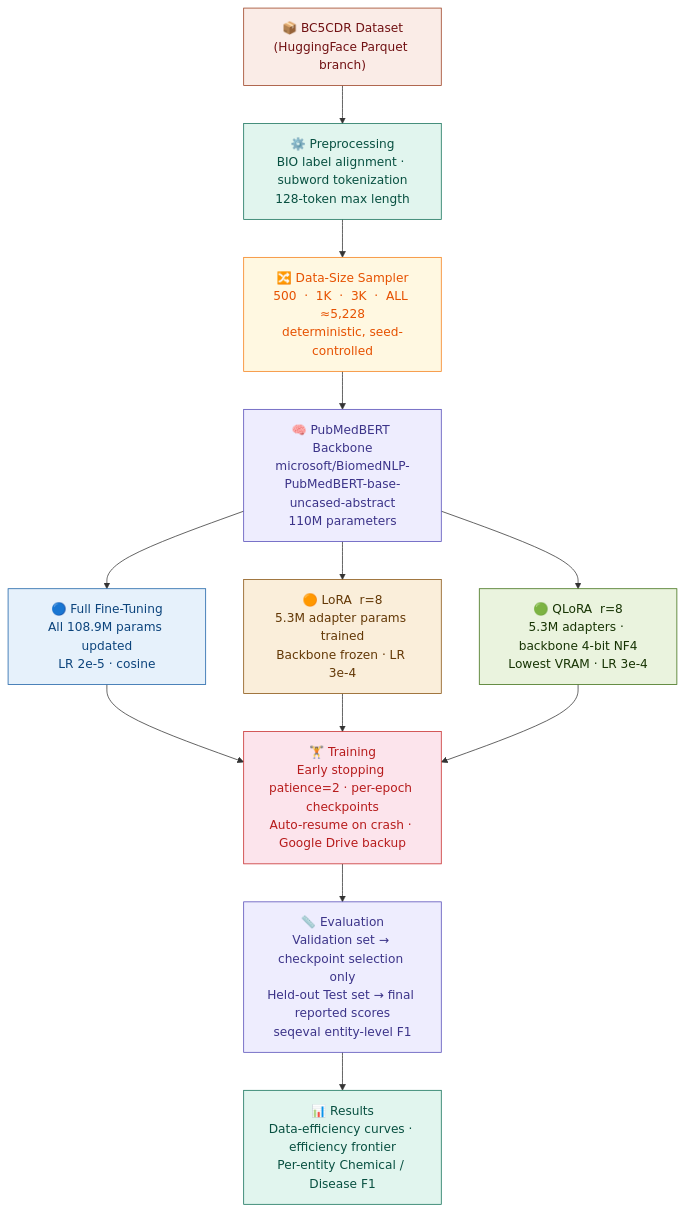
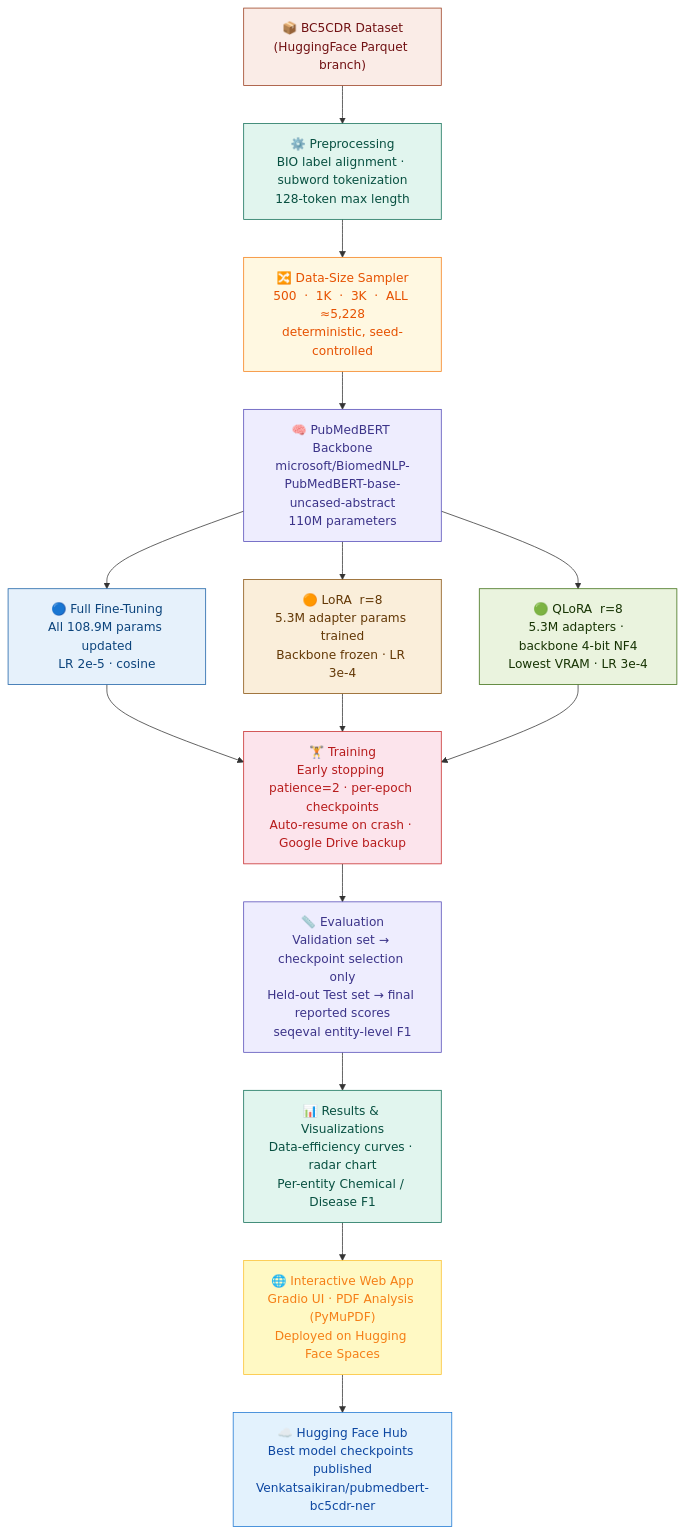
The diagram in README.md (ChigurupatiVenkatSaiKiran/Efficient-Reproducible-Biomedical-NER-A-Comparative-Evaluation-FFT-LoRA-and-QLoRA-Using-PubMedBERT), drawn with Mermaid before and after one commit. The commit also changed other lines of this file and 3 other files, not shown here.

Commit message:
feat: add PubMedBERT_BC5CDR_MERGED_FINAL notebook, live Hugging Face demo links, Gradio app docs, and hub deployment guide

````diff
--- a/README.md
+++ b/README.md
@@ -103,33 +126,39 @@
 ```mermaid
 flowchart TD
     A["📦 BC5CDR Dataset\n(HuggingFace Parquet branch)"] --> B
 
     B["⚙️ Preprocessing\nBIO label alignment · subword tokenization\n128-token max length"] --> C
 
     C["🔀 Data-Size Sampler\n500  ·  1K  ·  3K  ·  ALL ≈5,228\ndeterministic, seed-controlled"] --> D
 
     D["🧠 PubMedBERT Backbone\nmicrosoft/BiomedNLP-PubMedBERT-base-uncased-abstract\n110M parameters"] --> E & F & G
 
     E["🔵 Full Fine-Tuning\nAll 108.9M params updated\nLR 2e-5 · cosine"]
     F["🟠 LoRA  r=8\n5.3M adapter params trained\nBackbone frozen · LR 3e-4"]
     G["🟢 QLoRA  r=8\n5.3M adapters · backbone 4-bit NF4\nLowest VRAM · LR 3e-4"]
 
     E & F & G --> H
 
     H["🏋️ Training\nEarly stopping patience=2 · per-epoch checkpoints\nAuto-resume on crash · Google Drive backup"] --> I
 
     I["📏 Evaluation\nValidation set → checkpoint selection only\nHeld-out Test set → final reported scores\nseqeval entity-level F1"] --> J
 
-    J["📊 Results\nData-efficiency curves · efficiency frontier\nPer-entity Chemical / Disease F1"]
+    J["📊 Results & Visualizations\nData-efficiency curves · radar chart\nPer-entity Chemical / Disease F1"] --> K
+
+    K["🌐 Interactive Web App\nGradio UI · PDF Analysis (PyMuPDF)\nDeployed on Hugging Face Spaces"] --> L
+
+    L["☁️ Hugging Face Hub\nBest model checkpoints published\nVenkatsaikiran/pubmedbert-bc5cdr-ner"]
 
     style A fill:#FAECE7,stroke:#993C1D,color:#711113
     style B fill:#E1F5EE,stroke:#0F6E56,color:#085041
     style C fill:#FFF8E1,stroke:#F57F17,color:#E65100
     style D fill:#EEEDFE,stroke:#534AB7,color:#3C3489
     style E fill:#E6F1FB,stroke:#185FA5,color:#0C447C
     style F fill:#FAEEDA,stroke:#854F0B,color:#633806
     style G fill:#EAF3DE,stroke:#3B6D11,color:#173404
     style H fill:#FCE4EC,stroke:#C62828,color:#B71C1C
     style I fill:#EEEDFE,stroke:#534AB7,color:#3C3489
     style J fill:#E1F5EE,stroke:#0F6E56,color:#085041
+    style K fill:#FFF9C4,stroke:#FBC02D,color:#F57F17
+    style L fill:#E3F2FD,stroke:#1976D2,color:#0D47A1
 ```
````
